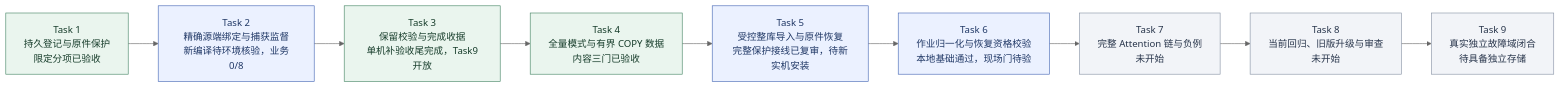
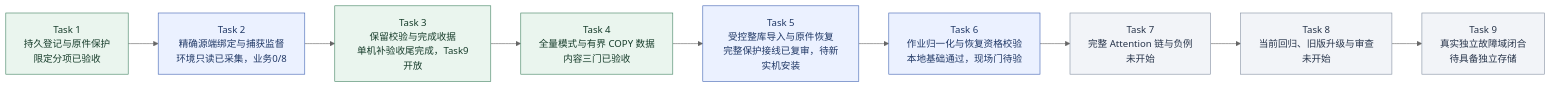
The second of 9 diagrams in docs/KnowWeave实施路线与系统架构.md (MansurnamedZhang/learning-system-p0c4), drawn with Mermaid (neutral theme) before and after one commit. The commit also changed other lines of this file and 3 other files, not shown here.

````diff
--- a/docs/KnowWeave实施路线与系统架构.md
+++ b/docs/KnowWeave实施路线与系统架构.md
@@ -72,26 +72,26 @@
 ```mermaid
 flowchart LR
     C4T1["Task 1<br/>持久登记与原件保护<br/>限定分项已验收"]
-    C4T2["Task 2<br/>精确源端绑定与捕获监督<br/>新编译待环境核验，业务0/8"]
+    C4T2["Task 2<br/>精确源端绑定与捕获监督<br/>环境只读已采集，业务0/8"]
     C4T3["Task 3<br/>保留校验与完成收据<br/>单机补验收尾完成，Task9开放"]
     C4T4["Task 4<br/>全量模式与有界 COPY 数据<br/>内容三门已验收"]
     C4T5["Task 5<br/>受控整库导入与原件恢复<br/>完整保护接线已复审，待新实机安装"]
     C4T6["Task 6<br/>作业归一化与恢复资格校验<br/>本地基础通过，现场门待验"]
     C4T7["Task 7<br/>完整 Attention 链与负例<br/>未开始"]
     C4T8["Task 8<br/>当前回归、旧版升级与审查<br/>未开始"]
     C4T9["Task 9<br/>真实独立故障域闭合<br/>待具备独立存储"]
     C4T1 --> C4T2
     C4T2 --> C4T3
     C4T3 --> C4T4
     C4T4 --> C4T5
     C4T5 --> C4T6
     C4T6 --> C4T7
     C4T7 --> C4T8
     C4T8 --> C4T9
     class C4T1,C4T3,C4T4 done
     class C4T2,C4T5,C4T6 next
     class C4T7,C4T8,C4T9 planned
     classDef done fill:#eaf5ee,stroke:#438363,color:#173d2b
     classDef next fill:#ebf1ff,stroke:#4365b4,color:#203866
     classDef planned fill:#f2f4f8,stroke:#8591a3,color:#28354b
 ```
````
